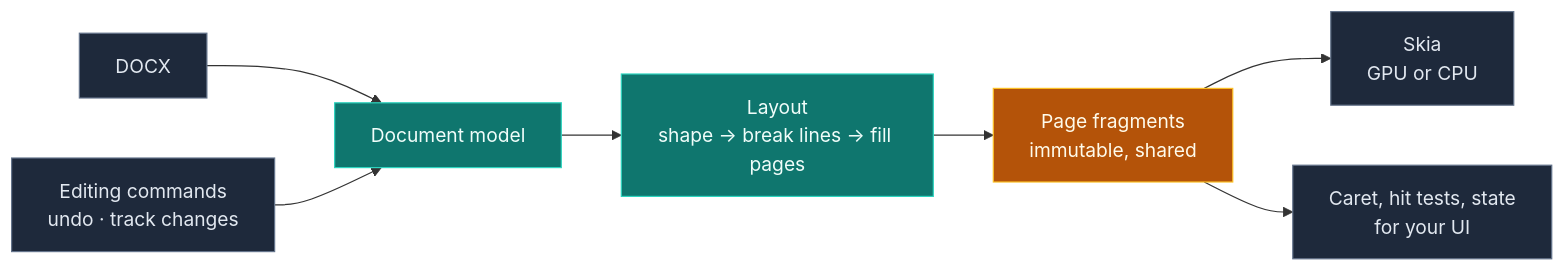
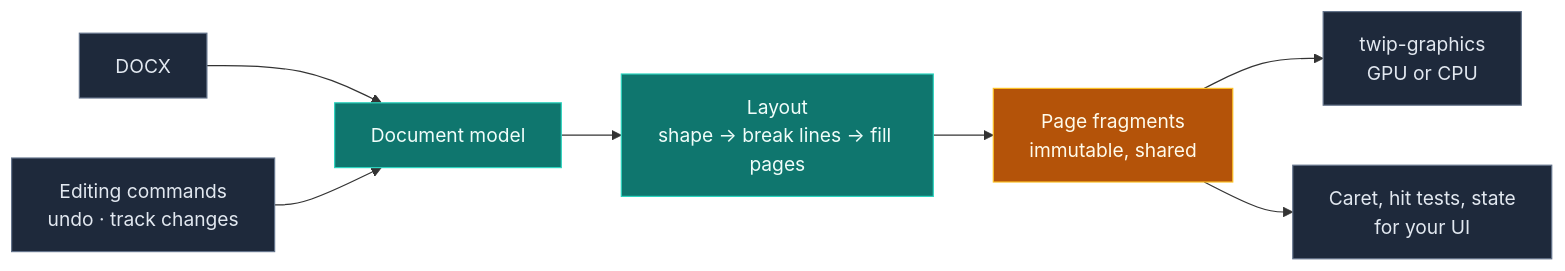
One commit to jaxcksn/twip changed the first of 2 diagrams in README.md. Above: the diagram before and after it, drawn with Mermaid. The commit also changed other lines of this file and 168 other files, not shown here.

````diff
--- a/README.md
+++ b/README.md
@@ -230,13 +230,13 @@
 ```mermaid
 flowchart LR
     classDef io fill:#1e293b,stroke:#64748b,color:#e2e8f0
     classDef step fill:#0f766e,stroke:#2dd4bf,color:#f0fdfa
     classDef out fill:#b45309,stroke:#fbbf24,color:#fffbeb
 
     docx["DOCX"]:::io --> model["Document model"]:::step
     cmd["Editing commands<br/>undo · track changes"]:::io --> model
     model --> layout["Layout<br/>shape → break lines → fill pages"]:::step
     layout --> frags["Page fragments<br/>immutable, shared"]:::out
-    frags --> skia["Skia<br/>GPU or CPU"]:::io
+    frags --> graphics["twip-graphics<br/>GPU or CPU"]:::io
     frags --> ui["Caret, hit tests, state<br/>for your UI"]:::io
 ```
````
